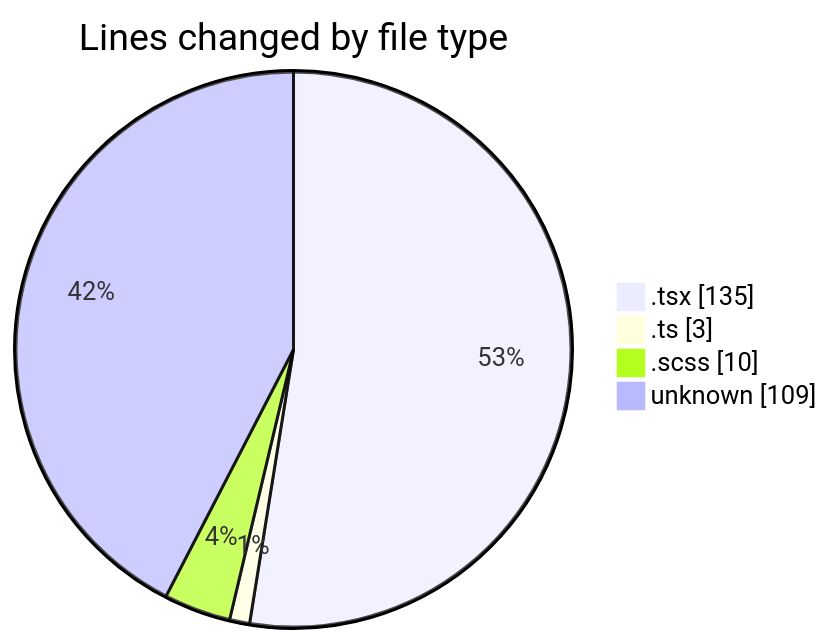
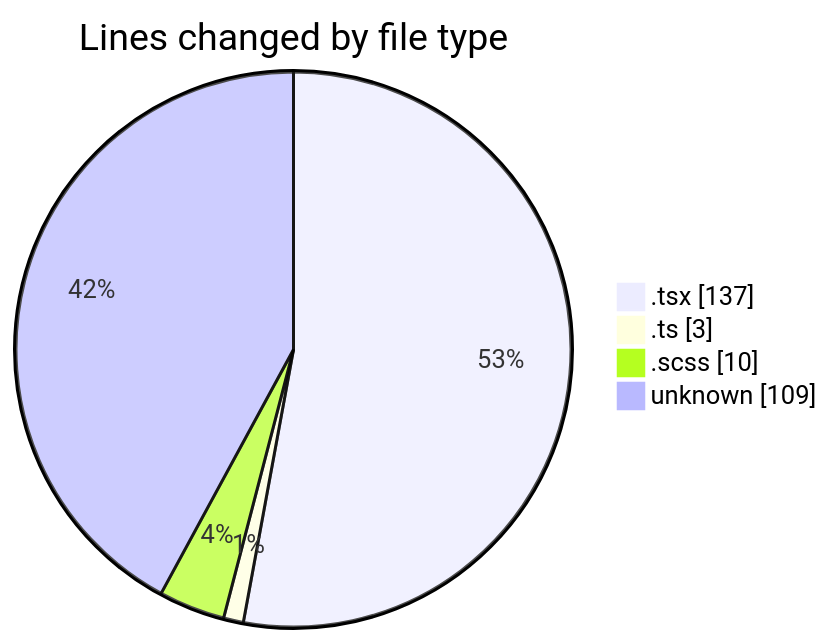
The first of 2 diagrams in 2026-04-15/cda/README.md (momahboobian/code-tracking), drawn with Mermaid before and after one commit. The commit also changed other lines of this file and 1 other file, not shown here.

````diff
--- a/2026-04-15/cda/README.md
+++ b/2026-04-15/cda/README.md
@@ -27,8 +27,8 @@
 ```mermaid
 pie showData
 title Lines changed by file type
-".tsx" : 135
+".tsx" : 137
 ".ts" : 3
 ".scss" : 10
 "unknown" : 109
 ```
````
